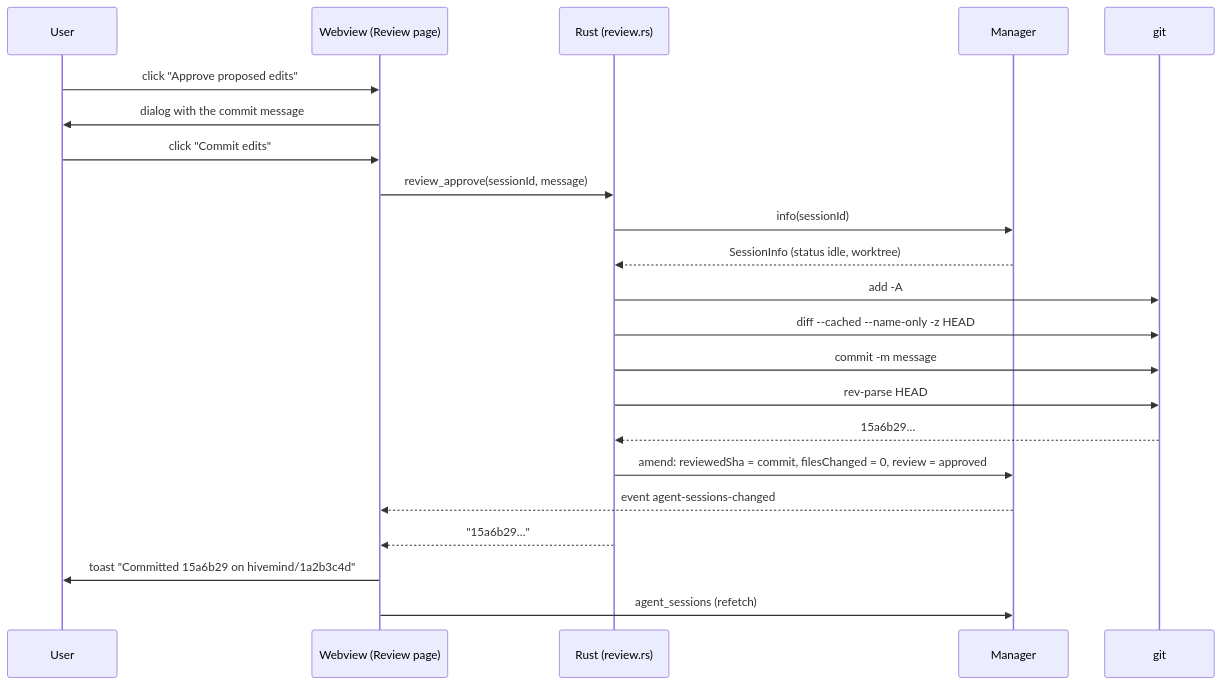
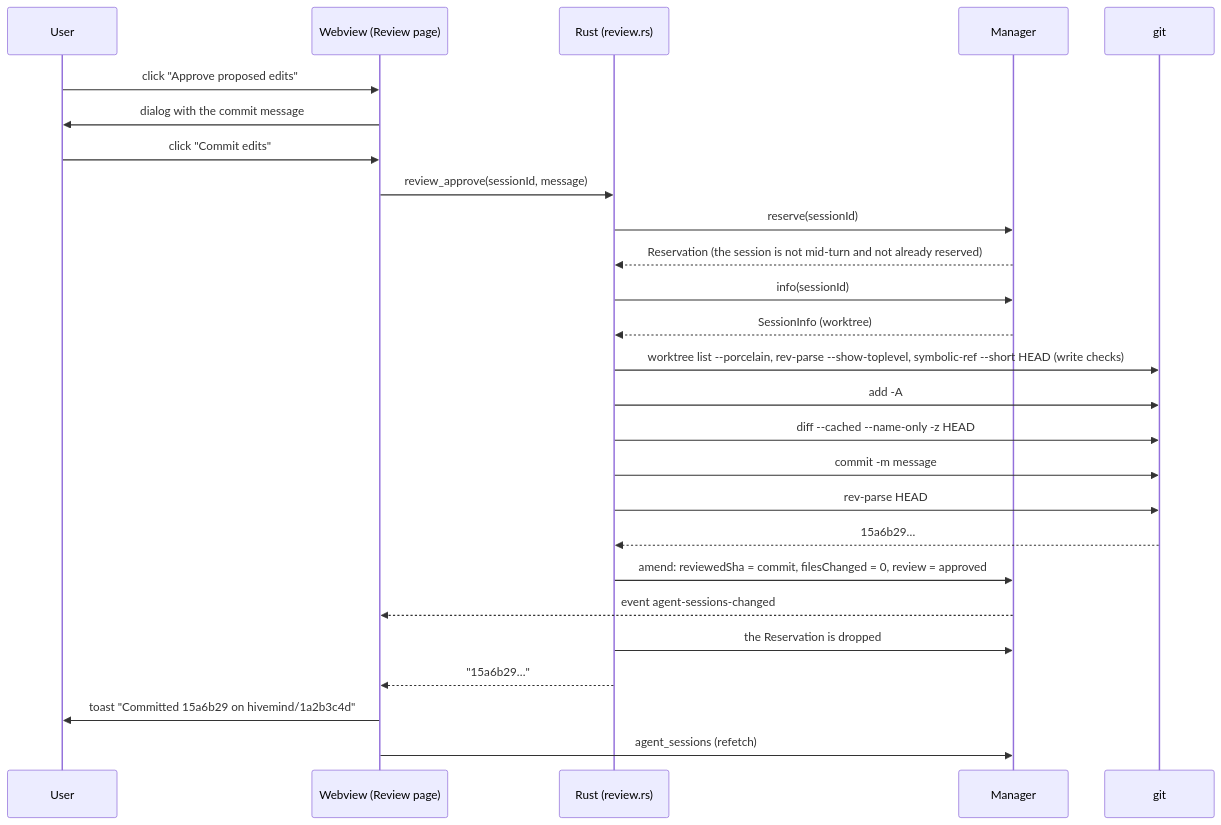
One commit to tyler59simon/agentic-hivemind-app changed the second of 5 diagrams in docs/plans/phase-4-review.md. Above: the diagram before and after it, drawn with Mermaid. The commit also changed other lines of this file and 4 other files, not shown here.

````diff
--- a/docs/plans/phase-4-review.md
+++ b/docs/plans/phase-4-review.md
@@ -559,24 +585,28 @@
 ```mermaid
 sequenceDiagram
     participant U as User
     participant W as Webview (Review page)
     participant R as Rust (review.rs)
     participant M as Manager
     participant G as git
     U->>W: click "Approve proposed edits"
     W->>U: dialog with the commit message
     U->>W: click "Commit edits"
     W->>R: review_approve(sessionId, message)
+    R->>M: reserve(sessionId)
+    M-->>R: Reservation (the session is not mid-turn and not already reserved)
     R->>M: info(sessionId)
-    M-->>R: SessionInfo (status idle, worktree)
+    M-->>R: SessionInfo (worktree)
+    R->>G: worktree list --porcelain, rev-parse --show-toplevel, symbolic-ref --short HEAD (write checks)
     R->>G: add -A
     R->>G: diff --cached --name-only -z HEAD
     R->>G: commit -m message
     R->>G: rev-parse HEAD
     G-->>R: 15a6b29…
     R->>M: amend: reviewedSha = commit, filesChanged = 0, review = approved
     M-->>W: event agent-sessions-changed
+    R->>M: the Reservation is dropped
     R-->>W: "15a6b29…"
     W->>U: toast "Committed 15a6b29 on hivemind/1a2b3c4d"
     W->>M: agent_sessions (refetch)
 ```
````
